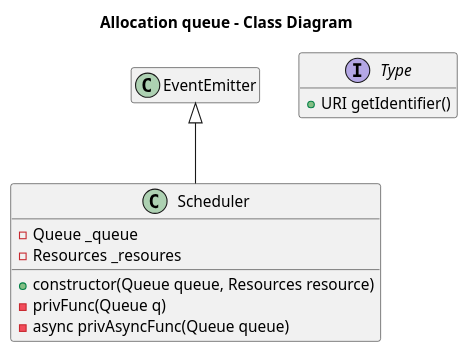
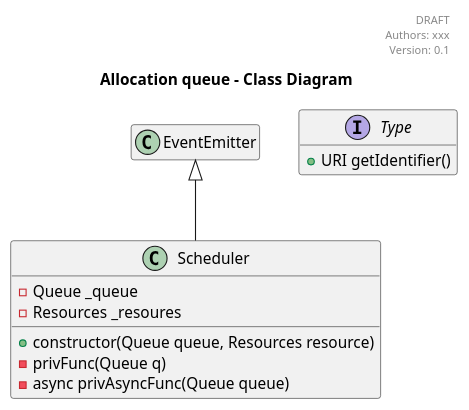
Before and after one commit to jupe/puml2code: the diagram in examples/sample.puml, drawn with PlantUML. The commit also changed 3 other files, not shown here.

```diff
--- a/examples/sample.puml
+++ b/examples/sample.puml
@@ -1,23 +1,31 @@
 @startuml
+
+header
+DRAFT
+Authors: xxx
+Version: 0.1
+endheader
 
 hide empty members
 
 title Allocation queue - Class Diagram
 
 
 interface Type {
     +URI getIdentifier()
 }
 
 class Scheduler {
     +constructor(Queue queue, Resources resource)
     -privFunc(Queue q)
     -async privAsyncFunc(Queue queue)
     -Queue _queue
     -Resources _resoures
 }
 
 
 class EventEmitter
 Scheduler -up-|> EventEmitter
+
+
 @enduml
```
